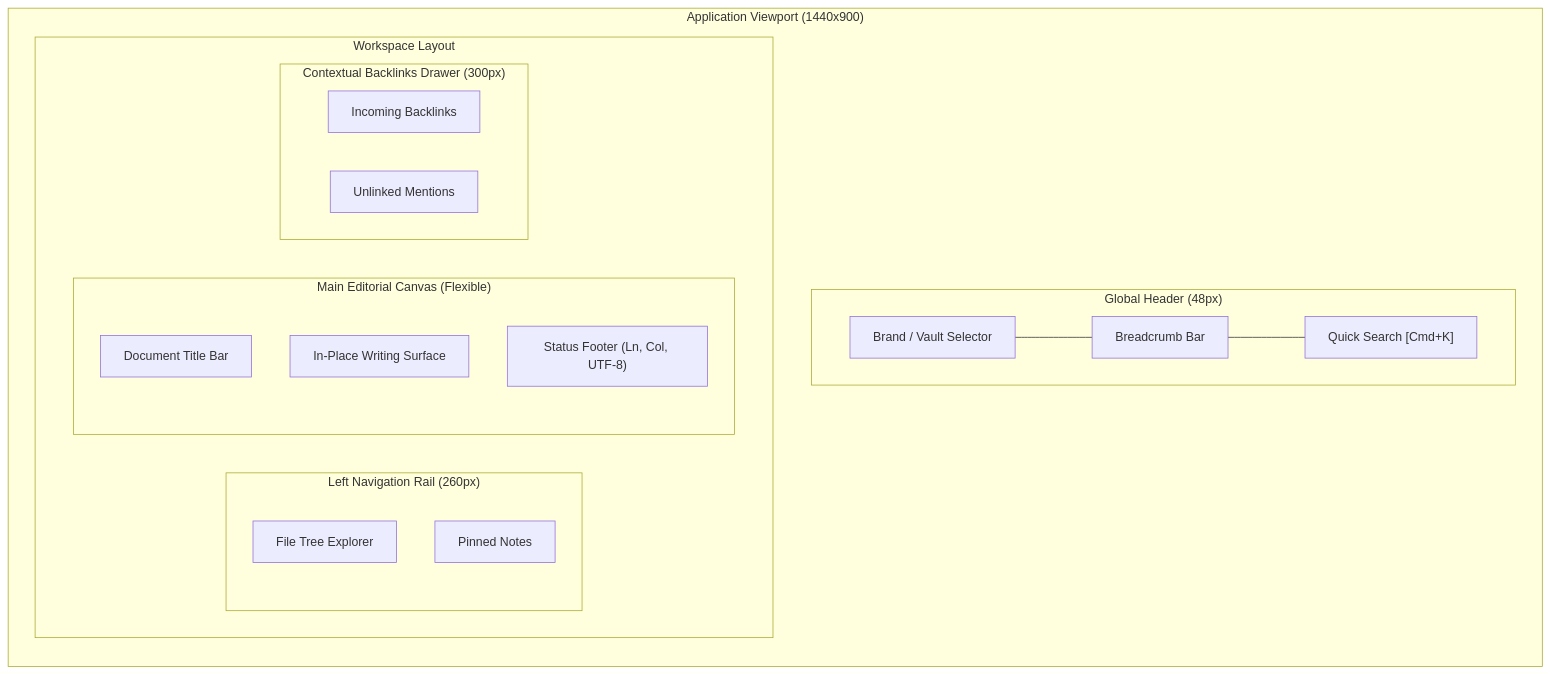
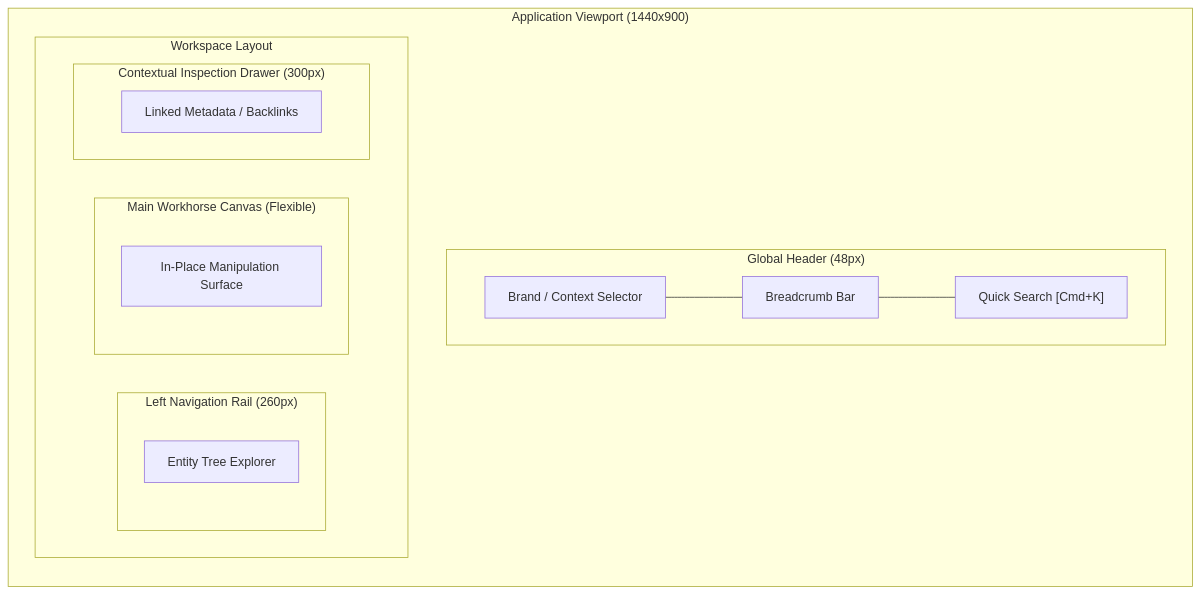
The third of 3 diagrams in skills/cgspec-ui-ux/playbooks/02-layout-and-interaction.md (BeOjefe/cgspec), drawn with Mermaid before and after one commit. The commit also changed other lines of this file and 45 other files, not shown here.

````diff
--- a/skills/cgspec-ui-ux/playbooks/02-layout-and-interaction.md
+++ b/skills/cgspec-ui-ux/playbooks/02-layout-and-interaction.md
@@ -38,25 +75,21 @@
 ```mermaid
 flowchart TB
   subgraph Viewport ["Application Viewport (1440x900)"]
     direction TB
     subgraph Header ["Global Header (48px)"]
-      H1["Brand / Vault Selector"] --- H2["Breadcrumb Bar"] --- H3["Quick Search [Cmd+K]"]
+      H1["Brand / Context Selector"] --- H2["Breadcrumb Bar"] --- H3["Quick Search [Cmd+K]"]
     end
     subgraph Body ["Workspace Layout"]
       direction LR
       subgraph Rail ["Left Navigation Rail (260px)"]
-        R1["File Tree Explorer"]
-        R2["Pinned Notes"]
+        R1["Entity Tree Explorer"]
       end
-      subgraph Canvas ["Main Editorial Canvas (Flexible)"]
-        C1["Document Title Bar"]
-        C2["In-Place Writing Surface"]
-        C3["Status Footer (Ln, Col, UTF-8)"]
+      subgraph Canvas ["Main Workhorse Canvas (Flexible)"]
+        C1["In-Place Manipulation Surface"]
       end
-      subgraph Drawer ["Contextual Backlinks Drawer (300px)"]
-        D1["Incoming Backlinks"]
-        D2["Unlinked Mentions"]
+      subgraph Drawer ["Contextual Inspection Drawer (300px)"]
+        D1["Linked Metadata / Backlinks"]
       end
     end
   end
 ```
````
